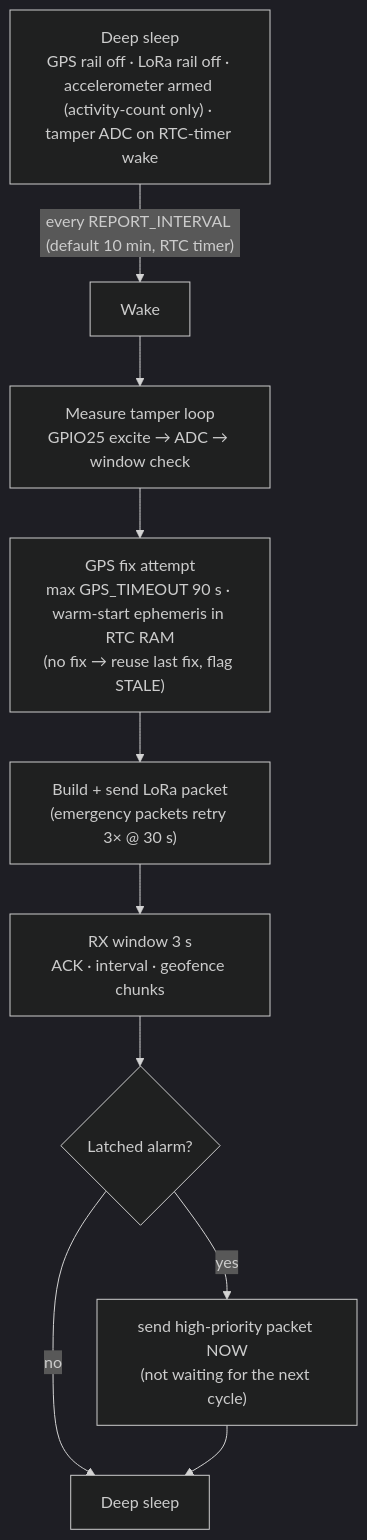
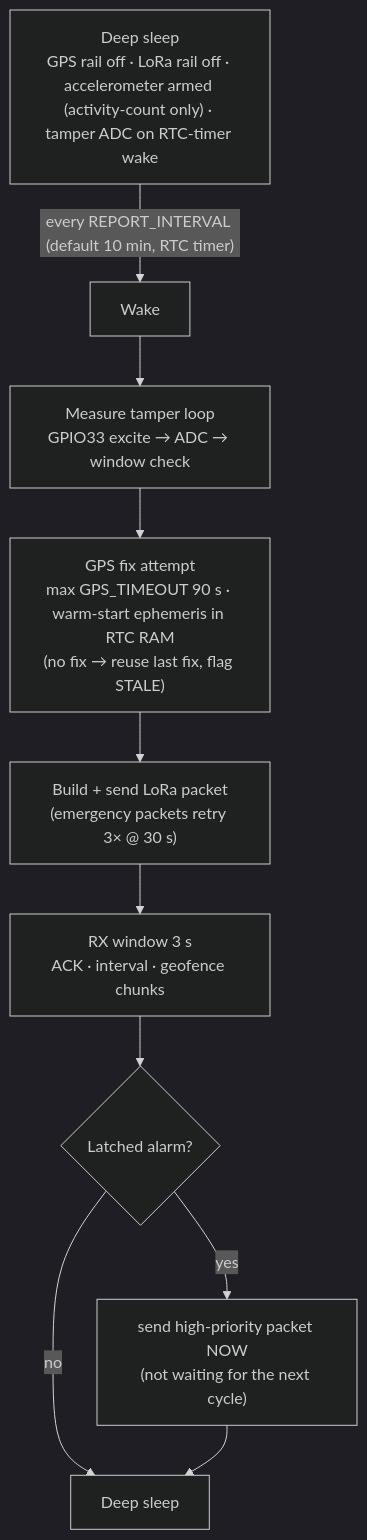
The first of 2 diagrams in docs/FIRMWARE.md (qppd/smart-collar), drawn with Mermaid (dark theme) before and after one commit. The commit also changed other lines of this file and 4 other files, not shown here.

Commit message:
Update pin assignments across all docs: GPS to NEO-6M, LoRa NSS→GPIO27/RST→GPIO26/DIO0→GPIO25, tamper GPIO33, MPU6050 INT→GPIO32, plus new wiring PNG export

````diff
--- a/docs/FIRMWARE.md
+++ b/docs/FIRMWARE.md
@@ -17,12 +17,12 @@
 ```mermaid
 flowchart TB
     SLEEP["Deep sleep<br/>GPS rail off · LoRa rail off · accelerometer armed (activity-count only) · tamper ADC on RTC-timer wake"] -- "every REPORT_INTERVAL (default 10 min, RTC timer)" --> WAKE["Wake"]
-    WAKE --> LOOPM["Measure tamper loop<br/>GPIO25 excite → ADC → window check"]
+    WAKE --> LOOPM["Measure tamper loop<br/>GPIO33 excite → ADC → window check"]
     LOOPM --> GPSF["GPS fix attempt<br/>max GPS_TIMEOUT 90 s · warm-start ephemeris in RTC RAM<br/>(no fix → reuse last fix, flag STALE)"]
     GPSF --> SND["Build + send LoRa packet<br/>(emergency packets retry 3× @ 30 s)"]
     SND --> RXW["RX window 3 s<br/>ACK · interval · geofence chunks"]
     RXW --> LATCH{"Latched alarm?"}
     LATCH -- "yes" --> NOW["send high-priority packet NOW<br/>(not waiting for the next cycle)"]
     LATCH -- "no" --> BACK["Deep sleep"]
     NOW --> BACK
 ```
````
